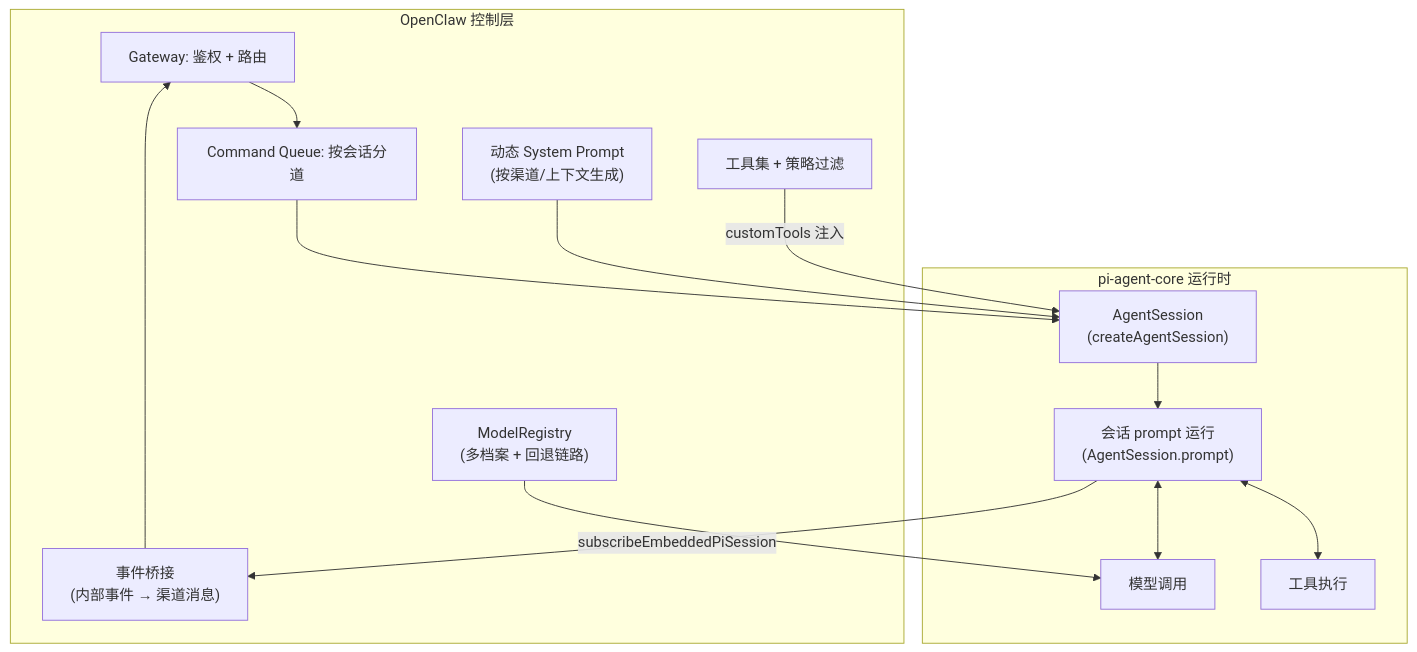
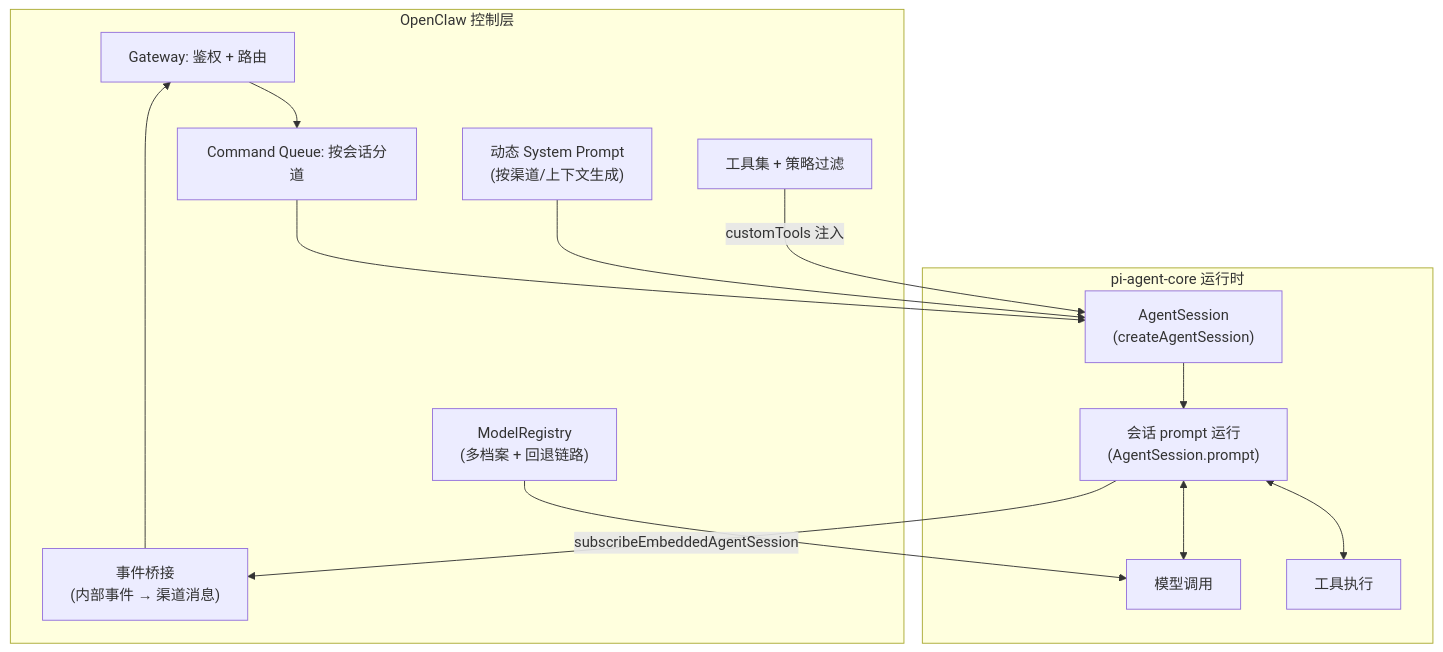
One commit to yeasy/openclaw_guide changed the first of 2 diagrams in 10_agent_loop/10.2_pi_framework.md. Above: the diagram before and after it, drawn with Mermaid. The commit also changed other lines of this file and 50 other files, not shown here.

````diff
--- a/10_agent_loop/10.2_pi_framework.md
+++ b/10_agent_loop/10.2_pi_framework.md
@@ -30,28 +30,28 @@
 ```mermaid
 flowchart TD
   subgraph OpenClaw["OpenClaw 控制层"]
     GW["Gateway: 鉴权 + 路由"]
     Q["Command Queue: 按会话分道"]
     CFG["动态 System Prompt<br/>(按渠道/上下文生成)"]
     TOOLS["工具集 + 策略过滤"]
     MR["ModelRegistry<br/>(多档案 + 回退链路)"]
     EVT["事件桥接<br/>(内部事件 → 渠道消息)"]
   end
 
   subgraph Pi["pi-agent-core 运行时"]
     SES["AgentSession<br/>(createAgentSession)"]
     LOOP["会话 prompt 运行<br/>(AgentSession.prompt)"]
     LLM["模型调用"]
     TEXEC["工具执行"]
   end
 
   GW --> Q --> SES
   CFG --> SES
   TOOLS -->|"customTools 注入"| SES
   MR --> LLM
   SES --> LOOP
   LOOP <--> LLM
   LOOP <--> TEXEC
-  LOOP -->|"subscribeEmbeddedPiSession"| EVT
+  LOOP -->|"subscribeEmbeddedAgentSession"| EVT
   EVT --> GW
 ```
````
